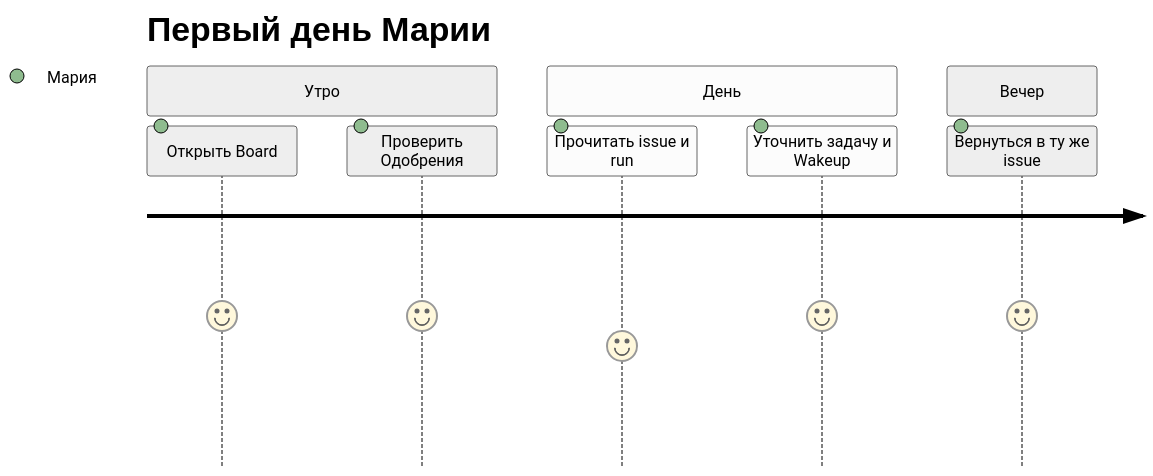
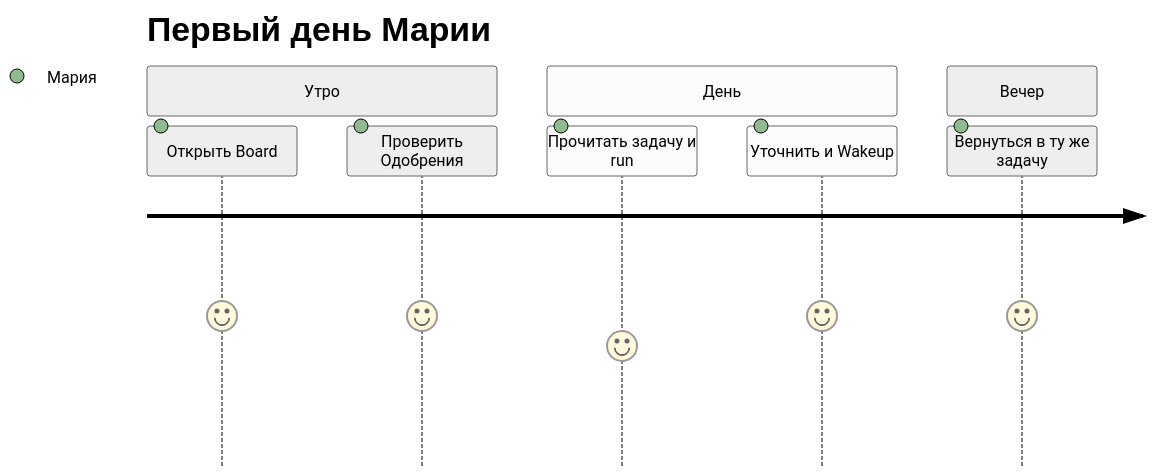
Before and after one commit to Dmitriion/datagent-docs: the diagram in docs/guides/01-first-day.md, drawn with Mermaid (neutral theme). The commit also changed other lines of this file and 11 other files, not shown here.

````diff
--- a/docs/guides/01-first-day.md
+++ b/docs/guides/01-first-day.md
@@ -45,12 +43,12 @@
 ```mermaid
 journey
   title Первый день Марии
   section Утро
     Открыть Board: 5: Мария
     Проверить Одобрения: 5: Мария
   section День
-    Прочитать issue и run: 4: Мария
-    Уточнить задачу и Wakeup: 5: Мария
+    Прочитать задачу и run: 4: Мария
+    Уточнить и Wakeup: 5: Мария
   section Вечер
-    Вернуться в ту же issue: 5: Мария
+    Вернуться в ту же задачу: 5: Мария
 ```
````
